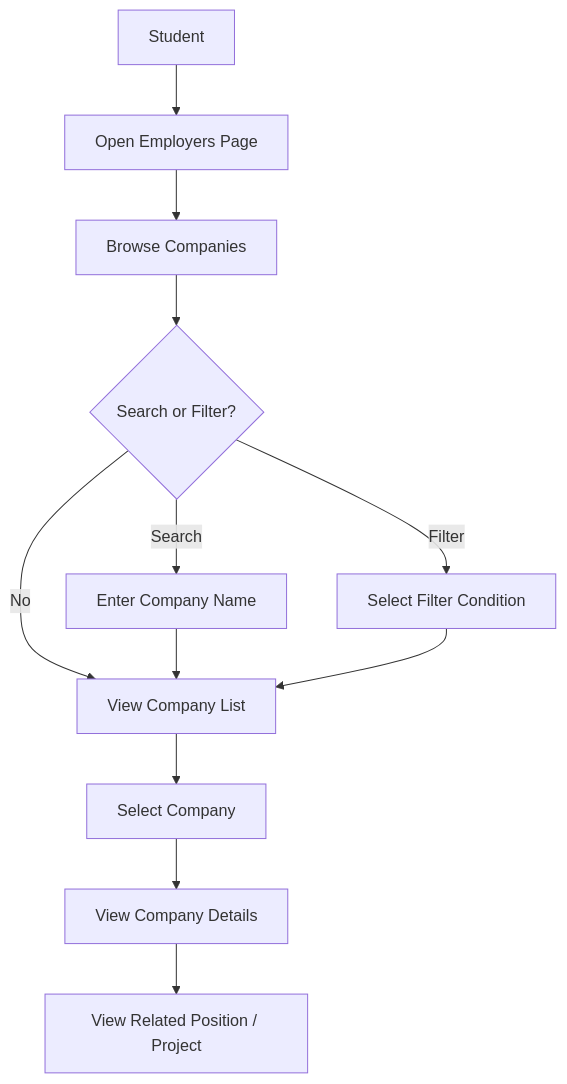
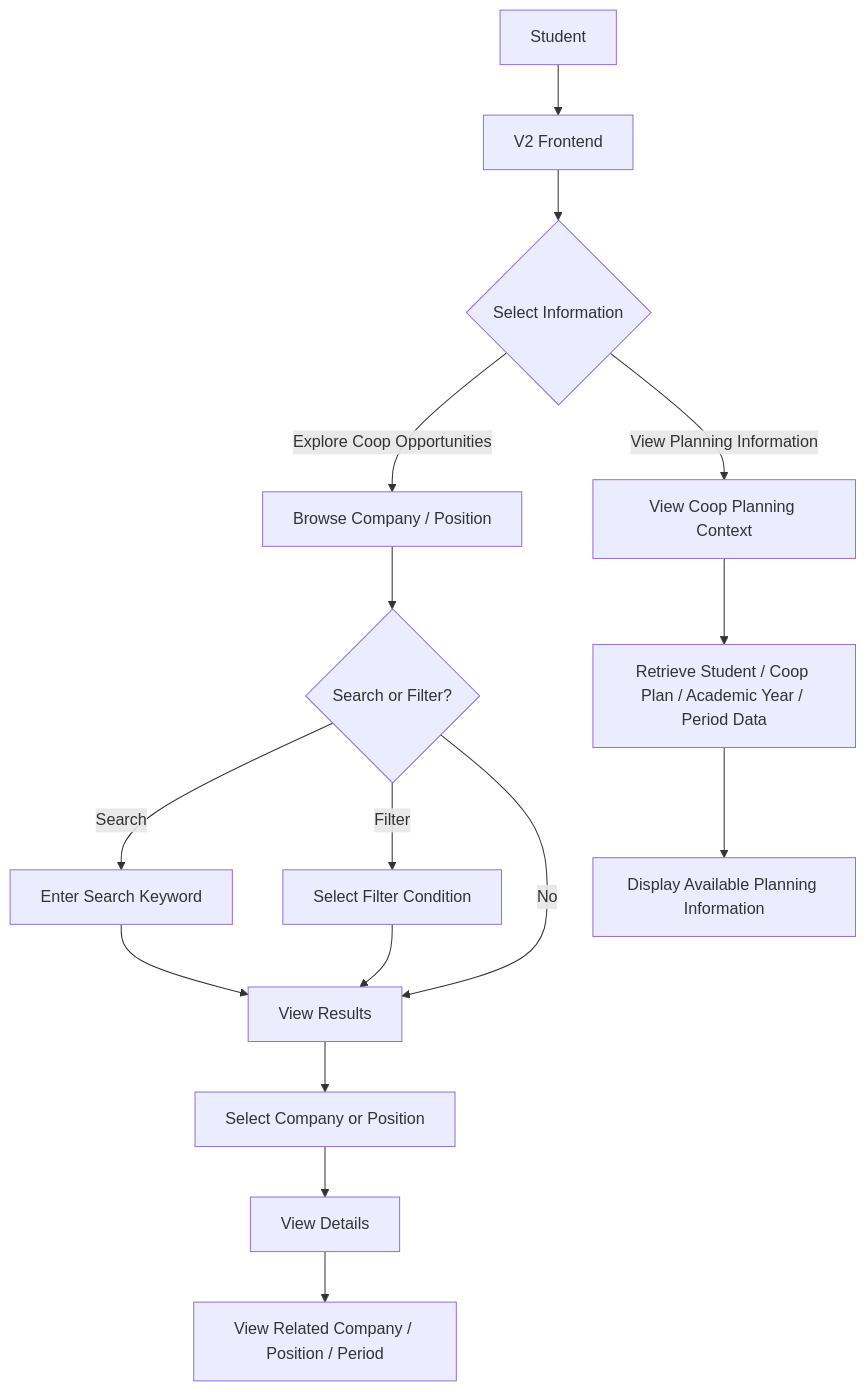
One commit to KaylahJin/CS361-Project changed the first of 6 diagrams in docs/overview/V2.md. Above: the diagram before and after it, drawn with Mermaid. The commit also changed other lines of this file, not shown here.

````diff
--- a/docs/overview/V2.md
+++ b/docs/overview/V2.md
@@ -27,17 +46,26 @@
 ```mermaid
 flowchart TD
-    A[Student] --> B[Open Employers Page]
-    B --> C[Browse Companies]
-    C --> D{Search or Filter?}
 
-    D -->|Search| E[Enter Company Name]
-    D -->|Filter| F[Select Filter Condition]
-    D -->|No| G[View Company List]
+    A[Student] --> B[V2 Frontend]
 
-    E --> G
-    F --> G
+    B --> C{Select Information}
 
-    G --> H[Select Company]
-    H --> I[View Company Details]
-    I --> J[View Related Position / Project]
+    C -->|Explore Coop Opportunities| D[Browse Company / Position]
+    C -->|View Planning Information| E[View Coop Planning Context]
+
+    D --> F{Search or Filter?}
+
+    F -->|Search| G[Enter Search Keyword]
+    F -->|Filter| H[Select Filter Condition]
+    F -->|No| I[View Results]
+
+    G --> I
+    H --> I
+
+    I --> J[Select Company or Position]
+    J --> K[View Details]
+    K --> L[View Related Company / Position / Period]
+
+    E --> M[Retrieve Student / Coop Plan / Academic Year / Period Data]
+    M --> N[Display Available Planning Information]
 ```
````
